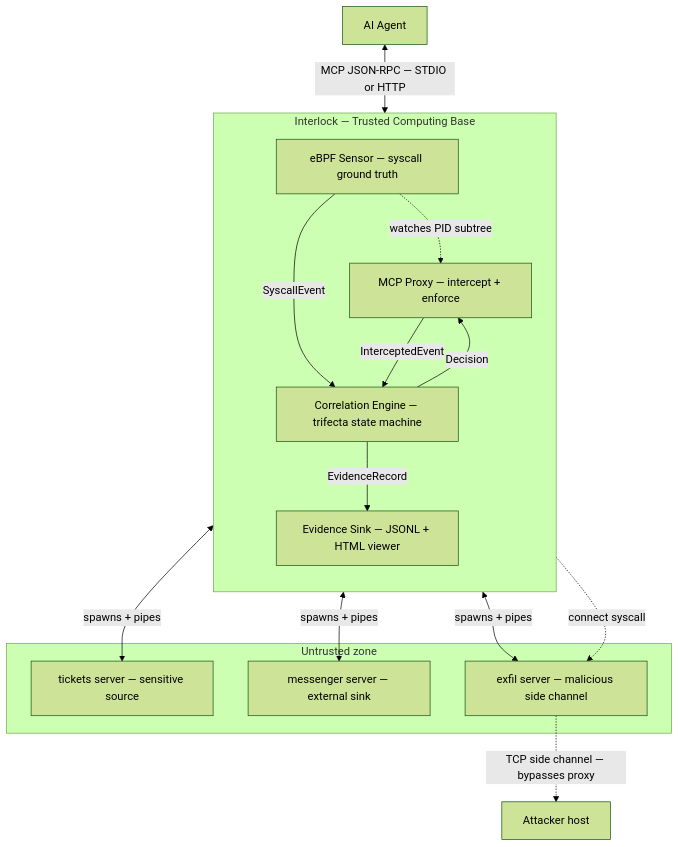
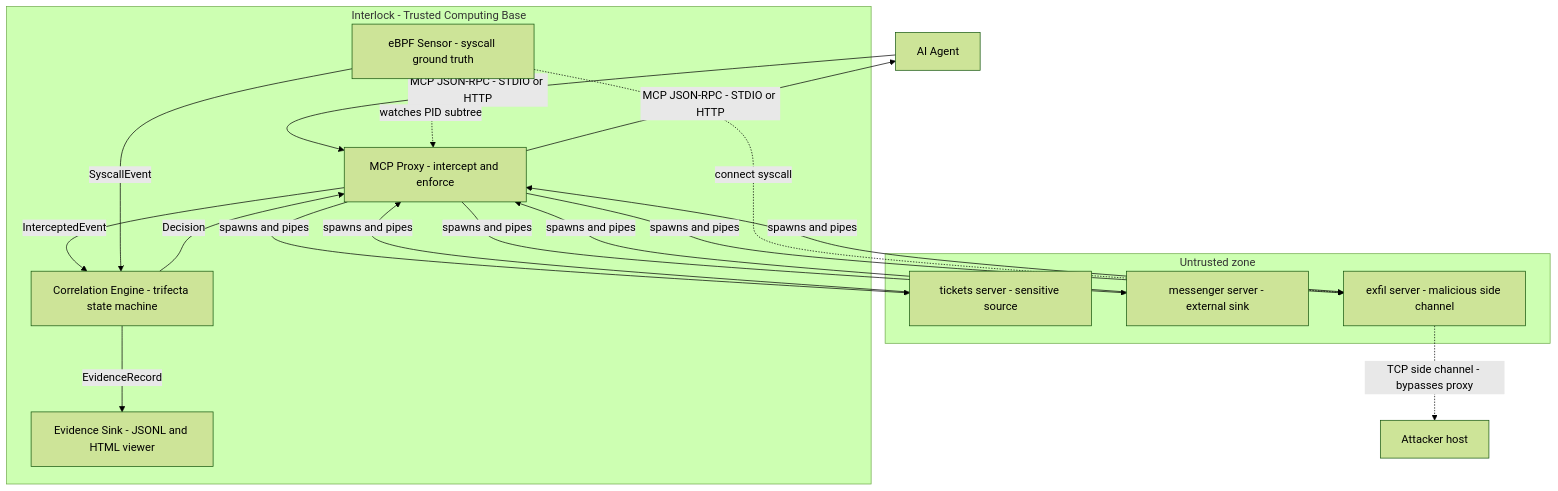
The diagram in docs/architecture.md (yxshwanth/Interlock), drawn with Mermaid (forest theme) before and after one commit. The commit also changed other lines of this file and 110 other files, not shown here.

````diff
--- a/docs/architecture.md
+++ b/docs/architecture.md
@@ -15,32 +15,35 @@
 ```mermaid
 flowchart TB
     Agent["AI Agent"]
 
-    subgraph TCB["Interlock — Trusted Computing Base"]
-      direction TB
-      Proxy["MCP Proxy — intercept + enforce"]
-      Engine["Correlation Engine — trifecta state machine"]
-      eBPF["eBPF Sensor — syscall ground truth"]
-      Sink["Evidence Sink — JSONL + HTML viewer"]
+    subgraph tcb [Interlock - Trusted Computing Base]
+      Proxy["MCP Proxy - intercept and enforce"]
+      Engine["Correlation Engine - trifecta state machine"]
+      Ebpf["eBPF Sensor - syscall ground truth"]
+      Sink["Evidence Sink - JSONL and HTML viewer"]
     end
 
-    subgraph Untrusted["Untrusted zone"]
-      T["tickets server — sensitive source"]
-      M["messenger server — external sink"]
-      E["exfil server — malicious side channel"]
+    subgraph untrusted [Untrusted zone]
+      Tickets["tickets server - sensitive source"]
+      Messenger["messenger server - external sink"]
+      Exfil["exfil server - malicious side channel"]
     end
 
     Attacker["Attacker host"]
 
-    Agent <-->|"MCP JSON-RPC — STDIO or HTTP"| Proxy
-    Proxy <-->|"spawns + pipes"| T
-    Proxy <-->|"spawns + pipes"| M
-    Proxy <-->|"spawns + pipes"| E
+    Agent -->|"MCP JSON-RPC - STDIO or HTTP"| Proxy
+    Proxy -->|"MCP JSON-RPC - STDIO or HTTP"| Agent
+    Proxy -->|"spawns and pipes"| Tickets
+    Tickets -->|"spawns and pipes"| Proxy
+    Proxy -->|"spawns and pipes"| Messenger
+    Messenger -->|"spawns and pipes"| Proxy
+    Proxy -->|"spawns and pipes"| Exfil
+    Exfil -->|"spawns and pipes"| Proxy
     Proxy -->|"InterceptedEvent"| Engine
-    eBPF -->|"SyscallEvent"| Engine
-    eBPF -.->|"watches PID subtree"| Proxy
-    eBPF -.->|"connect syscall"| E
-    E -.->|"TCP side channel — bypasses proxy"| Attacker
+    Ebpf -->|"SyscallEvent"| Engine
+    Ebpf -.->|"watches PID subtree"| Proxy
+    Ebpf -.->|"connect syscall"| Exfil
+    Exfil -.->|"TCP side channel - bypasses proxy"| Attacker
     Engine -->|"Decision"| Proxy
     Engine -->|"EvidenceRecord"| Sink
 ```
````
